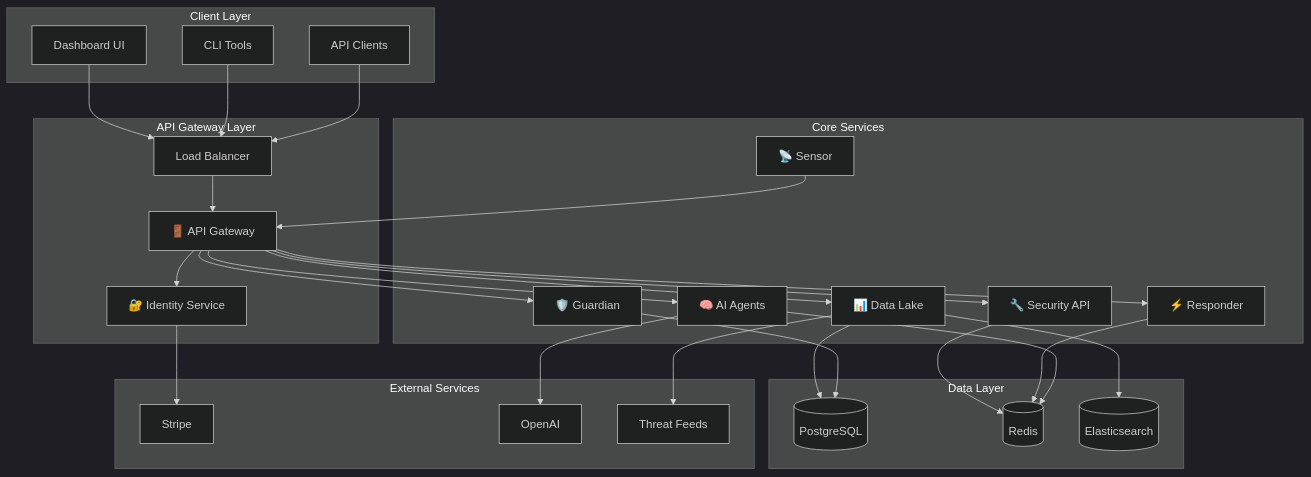
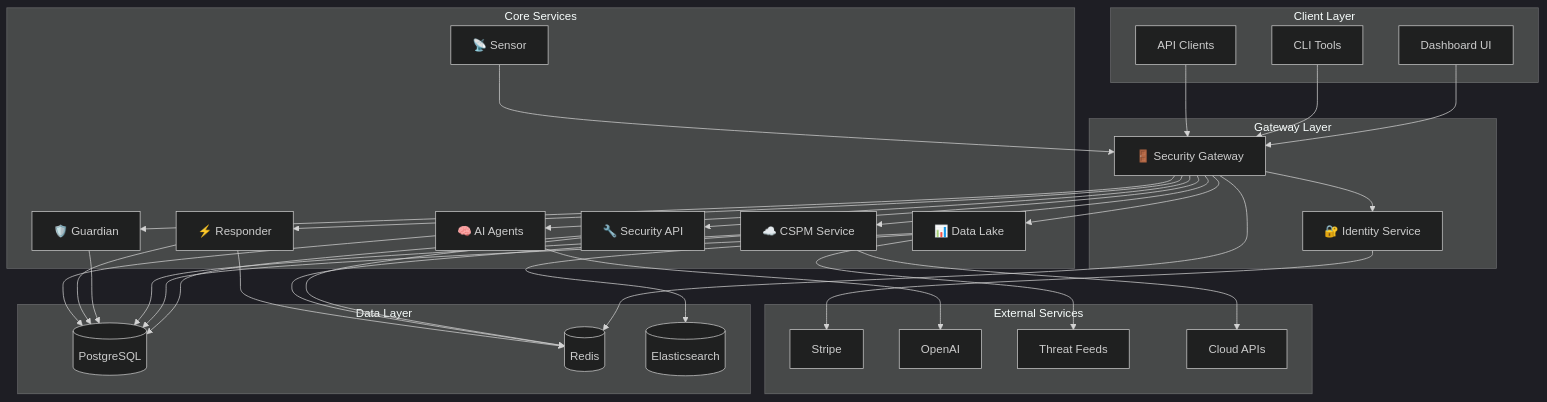
One commit to fabriziosalmi/wildbox changed the diagram in README.md. Above: the diagram before and after it, drawn with Mermaid (dark theme). The commit also changed other lines of this file and 18 other files, not shown here.

First line of the commit message:
Implement Wildbox Security Gateway with centralized authentication, authorization, and rate limiting

````diff
--- a/README.md
+++ b/README.md
@@ -872,61 +875,69 @@
 ```mermaid
 graph TD
     subgraph "Client Layer"
         UI[Dashboard UI]
         CLI[CLI Tools]
         API_CLIENT[API Clients]
     end
     
-    subgraph "API Gateway Layer"
-        GATEWAY[🚪 API Gateway]
+    subgraph "Gateway Layer"
+        GATEWAY[🚪 Security Gateway]
         IDENTITY[🔐 Identity Service]
-        LOAD_BALANCER[Load Balancer]
     end
     
     subgraph "Core Services"
         API[🔧 Security API]
         DATA[📊 Data Lake]
+        CSPM[☁️ CSPM Service]
         GUARDIAN[🛡️ Guardian]
         RESPONDER[⚡ Responder]
         AGENTS[🧠 AI Agents]
         SENSOR[📡 Sensor]
     end
     
     subgraph "Data Layer"
         POSTGRES[(PostgreSQL)]
         REDIS[(Redis)]
         ELASTICSEARCH[(Elasticsearch)]
     end
     
     subgraph "External Services"
         STRIPE[Stripe]
         OPENAI[OpenAI]
         FEEDS[Threat Feeds]
+        CLOUD_APIS[Cloud APIs]
     end
     
-    UI --> LOAD_BALANCER
-    CLI --> LOAD_BALANCER
-    API_CLIENT --> LOAD_BALANCER
+    UI --> GATEWAY
+    CLI --> GATEWAY
+    API_CLIENT --> GATEWAY
     
-    LOAD_BALANCER --> GATEWAY
     GATEWAY --> IDENTITY
-    
     GATEWAY --> API
     GATEWAY --> DATA
+    GATEWAY --> CSPM
     GATEWAY --> GUARDIAN
     GATEWAY --> RESPONDER
     GATEWAY --> AGENTS
     
     SENSOR --> GATEWAY
     
+    API --> POSTGRES
+    DATA --> POSTGRES
+    CSPM --> POSTGRES
+    GUARDIAN --> POSTGRES
+    RESPONDER --> POSTGRES
+    AGENTS --> POSTGRES
+    
+    GATEWAY --> REDIS
     API --> REDIS
-    DATA --> POSTGRES
+    CSPM --> REDIS
+    RESPONDER --> REDIS
+    
     DATA --> ELASTICSEARCH
-    GUARDIAN --> POSTGRES
-    RESPONDER --> REDIS
-    AGENTS --> REDIS
     
     IDENTITY --> STRIPE
     AGENTS --> OPENAI
     DATA --> FEEDS
+    CSPM --> CLOUD_APIS
 ```
````
